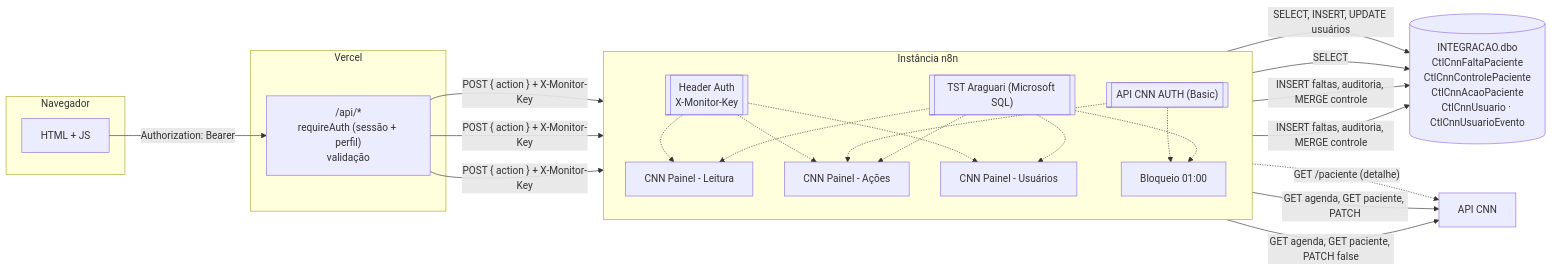
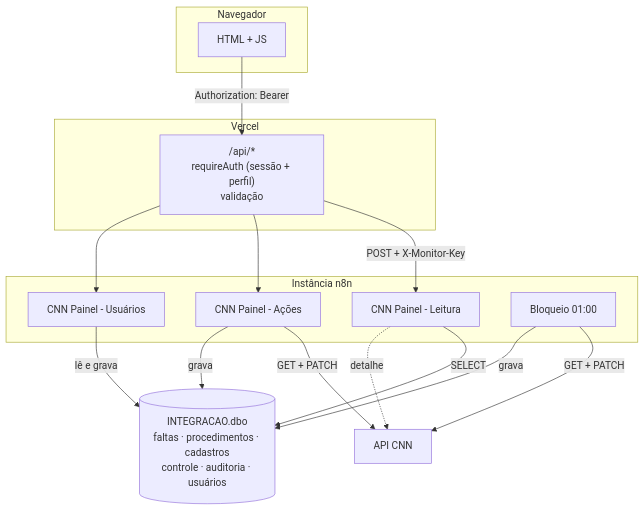
One commit to clariens/painel-integracao-desbloqueio-CNN-web changed the first of 6 diagrams in docs/arquitetura.md. Above: the diagram before and after it, drawn with Mermaid. The commit also changed other lines of this file and 41 other files, not shown here.

````diff
--- a/docs/arquitetura.md
+++ b/docs/arquitetura.md
@@ -32,42 +32,29 @@
 ```mermaid
-flowchart LR
+flowchart TB
     subgraph Navegador
         UI["HTML + JS"]
     end
     subgraph Vercel
         API["/api/*<br/>requireAuth (sessão + perfil)<br/>validação"]
     end
     subgraph n8n["Instância n8n"]
-        direction TB
         L["CNN Painel - Leitura"]
         A["CNN Painel - Ações"]
         US["CNN Painel - Usuários"]
         B["Bloqueio 01:00"]
-        HK[["Header Auth<br/>X-Monitor-Key"]]
-        C1[["API CNN AUTH (Basic)"]]
-        C2[["TST Araguari (Microsoft SQL)"]]
     end
     CNN["API CNN"]
-    DB[("INTEGRACAO.dbo<br/>CtlCnnFaltaPaciente<br/>CtlCnnControlePaciente<br/>CtlCnnAcaoPaciente<br/>CtlCnnUsuario · CtlCnnUsuarioEvento")]
+    DB[("INTEGRACAO.dbo<br/>faltas · procedimentos · cadastros<br/>controle · auditoria · usuários")]
 
     UI -- "Authorization: Bearer" --> API
-    API -- "POST { action } + X-Monitor-Key" --> L
-    API -- "POST { action } + X-Monitor-Key" --> A
-    API -- "POST { action } + X-Monitor-Key" --> US
-    HK -.-> L
-    HK -.-> A
-    HK -.-> US
-    US -- "SELECT, INSERT, UPDATE usuários" --> DB
+    API -- "POST + X-Monitor-Key" --> L
+    API --> A
+    API --> US
     L -- "SELECT" --> DB
-    L -. "GET /paciente (detalhe)" .-> CNN
-    A -- "GET agenda, GET paciente, PATCH" --> CNN
-    A -- "INSERT faltas, auditoria, MERGE controle" --> DB
-    B -- "GET agenda, GET paciente, PATCH false" --> CNN
-    B -- "INSERT faltas, auditoria, MERGE controle" --> DB
-    C1 -.-> A
-    C1 -.-> B
-    C2 -.-> L
-    C2 -.-> A
-    C2 -.-> B
-    C2 -.-> US
+    L -. "detalhe" .-> CNN
+    A -- "GET + PATCH" --> CNN
+    A -- "grava" --> DB
+    B -- "GET + PATCH" --> CNN
+    B -- "grava" --> DB
+    US -- "lê e grava" --> DB
 ```
````
